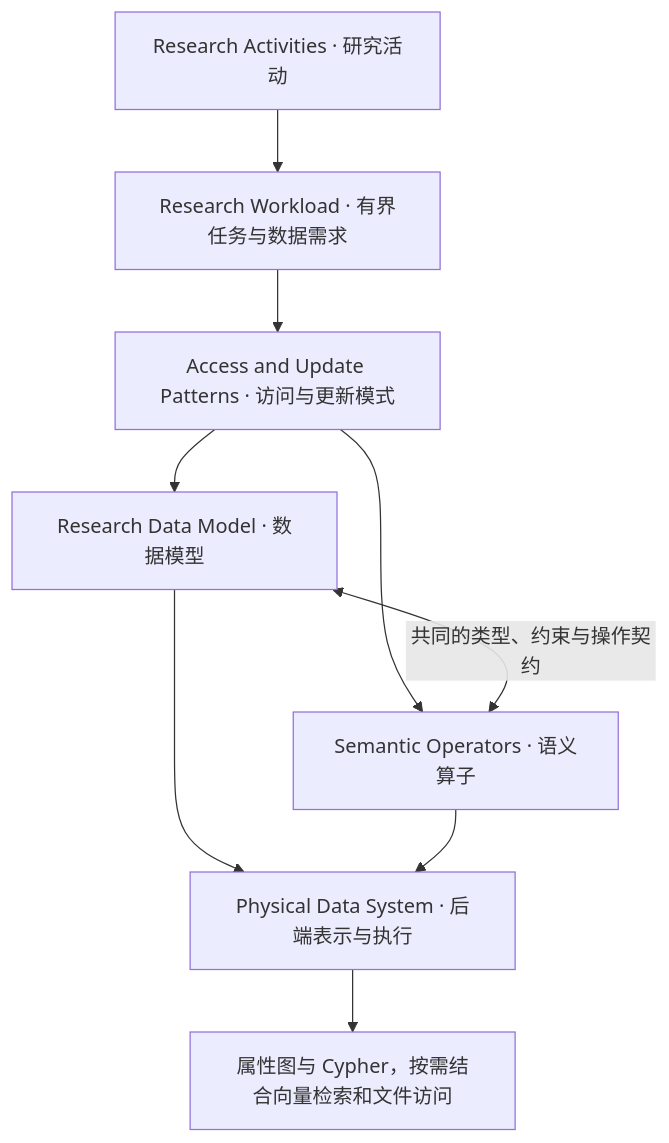
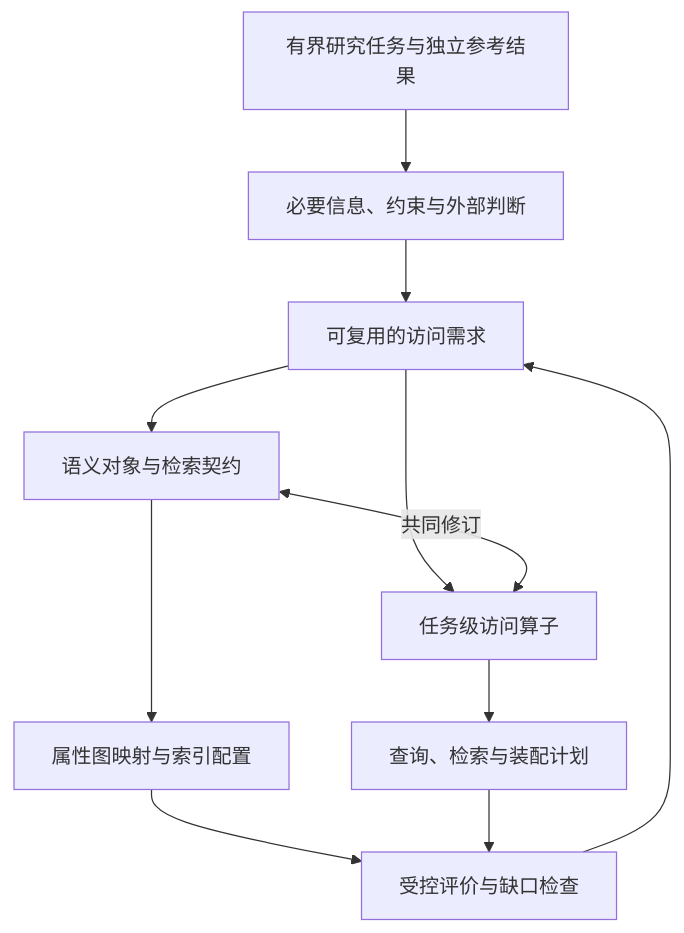
One commit to ArcadiaLin/CachePlan changed the diagram in docs/designs/v2/research_design_v2.md. Above: the diagram before and after it, drawn with Mermaid. The commit also changed other lines of this file and 2 other files, not shown here.

Commit message:
research deigns v2 update

````diff
--- a/docs/designs/v2/research_design_v2.md
+++ b/docs/designs/v2/research_design_v2.md
@@ -109,11 +139,13 @@
 ```mermaid
 flowchart TD
-    A[Research Activities · 研究活动] --> B[Research Workload · 有界任务与数据需求]
-    B --> C[Access and Update Patterns · 访问与更新模式]
-    C --> D[Research Data Model · 数据模型]
-    C --> E[Semantic Operators · 语义算子]
-    D <-->|共同的类型、约束与操作契约| E
-    D --> F[Physical Data System · 后端表示与执行]
-    E --> F
-    F --> G[属性图与 Cypher，按需结合向量检索和文件访问]
+    A[有界研究任务与独立参考结果] --> B[必要信息、约束与外部判断]
+    B --> C[可复用的访问需求]
+    C --> D[语义对象与检索契约]
+    C --> E[任务级访问算子]
+    D <-->|共同修订| E
+    D --> F[属性图映射与索引配置]
+    E --> G[查询、检索与装配计划]
+    F --> H[受控评价与缺口检查]
+    G --> H
+    H --> C
 ```
````
